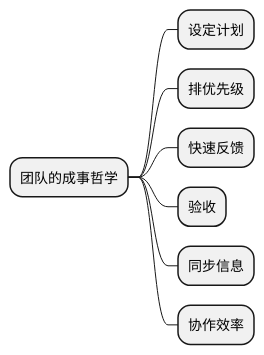
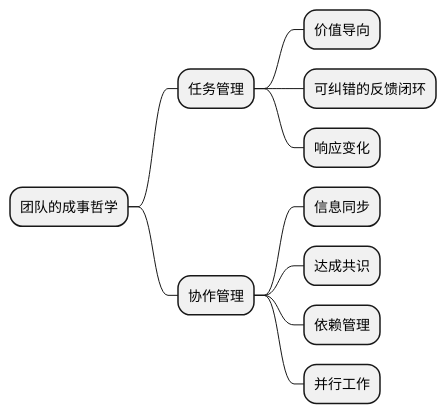
One commit to lem-org/lem-org.github.io changed the ninth of 13 diagrams in content/insights/what_is_agile/index.zh-cn.raw.md. Above: the diagram before and after it, drawn with PlantUML. The commit also changed other lines of this file and 22 other files, not shown here.

````diff
--- a/content/insights/what_is_agile/index.zh-cn.raw.md
+++ b/content/insights/what_is_agile/index.zh-cn.raw.md
@@ -147,11 +176,14 @@
 ```plantuml
 @startmindmap
 * 团队的成事哲学
-    * 设定计划
-    * 排优先级
-    * 快速反馈
-    * 验收
-    * 同步信息
-    * 协作效率
+    * 任务管理
+        * 价值导向
+        * 可纠错的反馈闭环
+        * 响应变化
+    * 协作管理
+        * 信息同步
+        * 达成共识
+        * 依赖管理
+        * 并行工作
 @endmindmap
 ```
````
